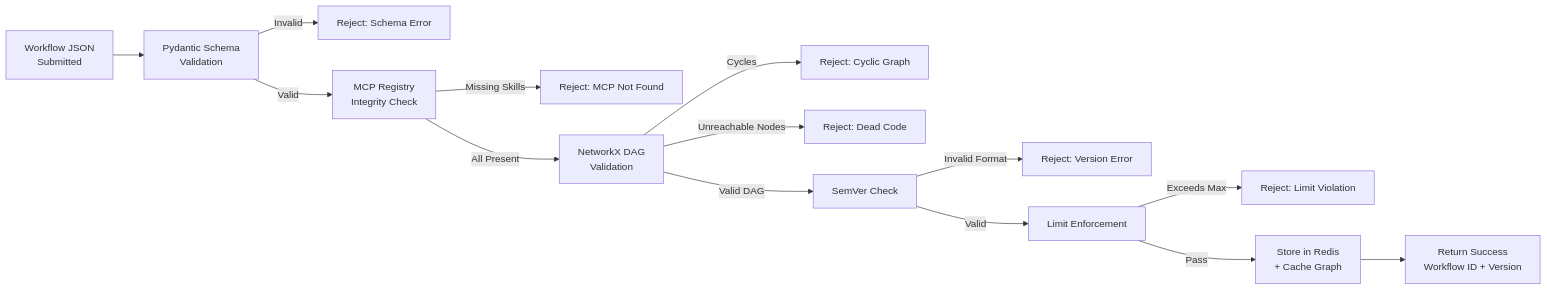
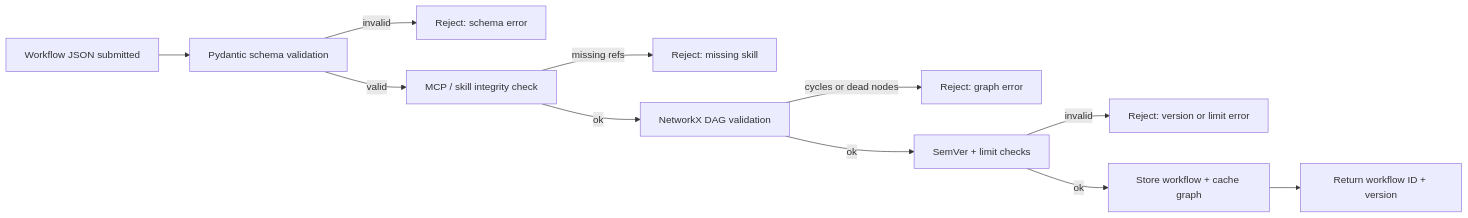
Before and after one commit to destngx/monorepo: the diagram in docs/graph-weave/technical/charts/pre-commit-gate-pipeline.md, drawn with Mermaid. The commit also changed other lines of this file and 34 other files, not shown here.

Commit message:
docs: code and charts for graph weave synthezise dupplicate

````diff
--- a/docs/graph-weave/technical/charts/pre-commit-gate-pipeline.md
+++ b/docs/graph-weave/technical/charts/pre-commit-gate-pipeline.md
@@ -19,22 +1,13 @@
 ```mermaid
 flowchart LR
-    A[Workflow JSON<br/>Submitted] --> B[Pydantic Schema<br/>Validation]
-    
-    B -->|Invalid| REJECT1[Reject: Schema Error]
-    B -->|Valid| C[MCP Registry<br/>Integrity Check]
-    
-    C -->|Missing Skills| REJECT2[Reject: MCP Not Found]
-    C -->|All Present| D[NetworkX DAG<br/>Validation]
-    
-    D -->|Cycles| REJECT3[Reject: Cyclic Graph]
-    D -->|Unreachable Nodes| REJECT4[Reject: Dead Code]
-    D -->|Valid DAG| E[SemVer Check]
-    
-    E -->|Invalid Format| REJECT5[Reject: Version Error]
-    E -->|Valid| F[Limit Enforcement]
-    
-    F -->|Exceeds Max| REJECT6[Reject: Limit Violation]
-    F -->|Pass| G[Store in Redis<br/>+ Cache Graph]
-    
-    G --> H[Return Success<br/>Workflow ID + Version]
+    A[Workflow JSON submitted] --> B[Pydantic schema validation]
+    B -->|invalid| X1[Reject: schema error]
+    B -->|valid| C[MCP / skill integrity check]
+    C -->|missing refs| X2[Reject: missing skill]
+    C -->|ok| D[NetworkX DAG validation]
+    D -->|cycles or dead nodes| X3[Reject: graph error]
+    D -->|ok| E[SemVer + limit checks]
+    E -->|invalid| X4[Reject: version or limit error]
+    E -->|ok| F[Store workflow + cache graph]
+    F --> G[Return workflow ID + version]
 ```
````
